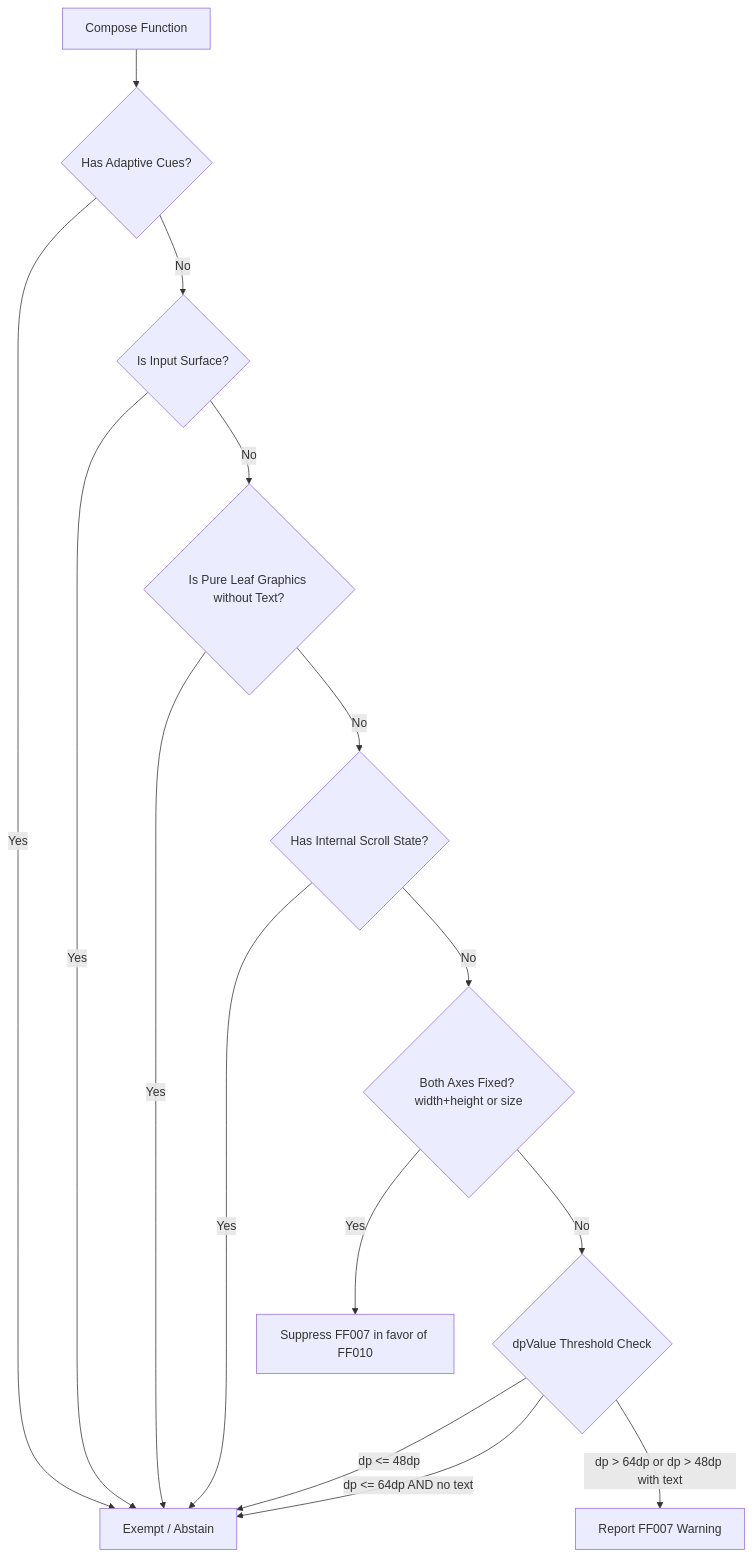
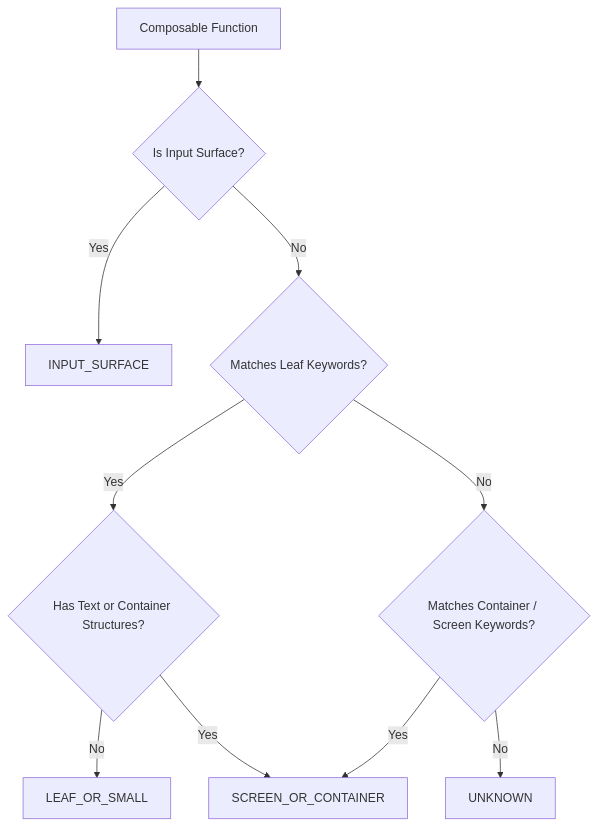
The diagram in docs/engineering/SEMANTIC_SOUNDNESS_REVIEW.md (dev-vikas-soni/fold-fail), drawn with Mermaid before and after one commit. The commit also changed other lines of this file and 47 other files, not shown here.

````diff
--- a/docs/engineering/SEMANTIC_SOUNDNESS_REVIEW.md
+++ b/docs/engineering/SEMANTIC_SOUNDNESS_REVIEW.md
@@ -17,17 +49,12 @@
 ```mermaid
 flowchart TD
-    A[Compose Function] --> B{Has Adaptive Cues?}
-    B -- Yes --> C[Exempt / Abstain]
-    B -- No --> D{Is Input Surface?}
-    D -- Yes --> C
-    D -- No --> E{Is Pure Leaf Graphics without Text?}
-    E -- Yes --> C
-    E -- No --> F{Has Internal Scroll State?}
-    F -- Yes --> C
-    F -- No --> G{Both Axes Fixed? width+height or size}
-    G -- Yes --> H[Suppress FF007 in favor of FF010]
-    G -- No --> I{dpValue Threshold Check}
-    I -- dp <= 48dp --> C
-    I -- dp <= 64dp AND no text --> C
-    I -- dp > 64dp or dp > 48dp with text --> J[Report FF007 Warning]
+    A[Composable Function] --> B{Is Input Surface?}
+    B -- Yes --> C[INPUT_SURFACE]
+    B -- No --> D{Matches Leaf Keywords?}
+    D -- Yes --> E{Has Text or Container Structures?}
+    E -- No --> F[LEAF_OR_SMALL]
+    E -- Yes --> G[SCREEN_OR_CONTAINER]
+    D -- No --> H{Matches Container / Screen Keywords?}
+    H -- Yes --> G
+    H -- No --> I[UNKNOWN]
 ```
````
